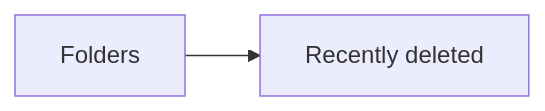
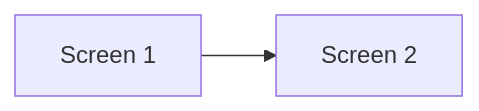
The diagram in docs/apple-notes/flows/recently-deleted/README.md (Dev-Corgi/Notes-Clone), drawn with Mermaid before and after one commit. The commit also changed other lines of this file and 48 other files, not shown here.

Commit message:
docs: verify folder and tag flows

````diff
--- a/docs/apple-notes/flows/recently-deleted/README.md
+++ b/docs/apple-notes/flows/recently-deleted/README.md
@@ -6,4 +10,6 @@
 ```mermaid
 flowchart LR
-  A[Folders] --> B[Recently deleted]
+  S1[Screen 1]
+  S2[Screen 2]
+  S1 --> S2
 ```
````
